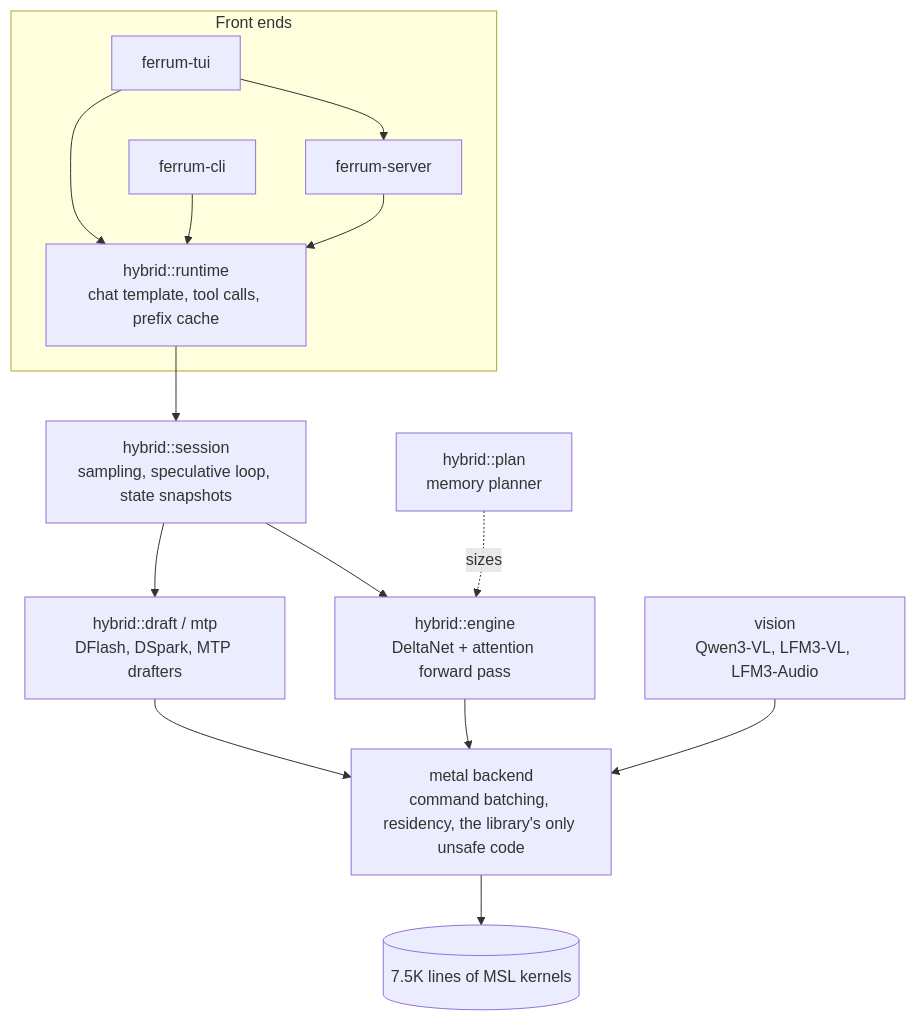
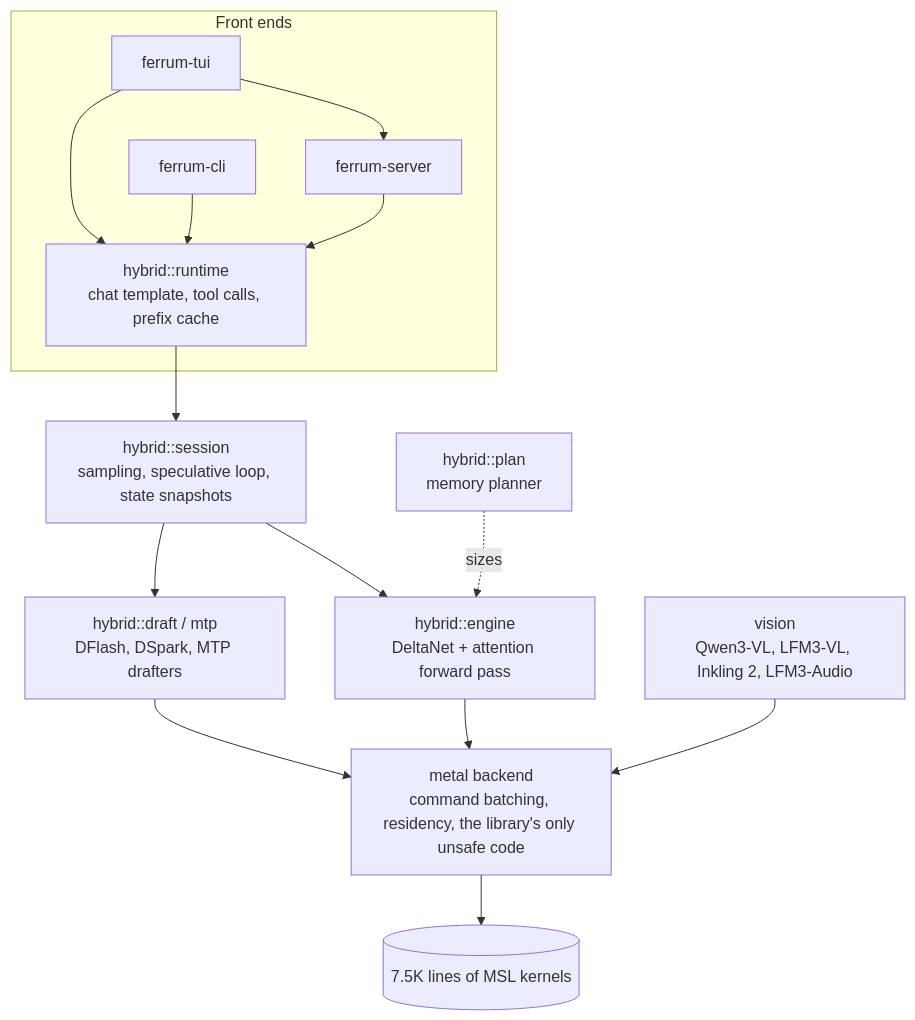
Before and after one commit to austinwells-dev/ferrum: the diagram in README.md, drawn with Mermaid. The commit also changed other lines of this file and 56 other files, not shown here.

First line of the commit message:
Inkling 2 Mini: looped MoE text and inkling2v vision on the hybrid engine

````diff
--- a/README.md
+++ b/README.md
@@ -174,17 +183,17 @@
 ```mermaid
 flowchart TD
     subgraph Front ends
         TUI[ferrum-tui] --> SRV[ferrum-server]
         TUI --> RT
         CLI[ferrum-cli] --> RT
         SRV --> RT[hybrid::runtime<br/>chat template, tool calls, prefix cache]
     end
     RT --> SES[hybrid::session<br/>sampling, speculative loop, state snapshots]
     SES --> ENG[hybrid::engine<br/>DeltaNet + attention forward pass]
     SES --> DRF[hybrid::draft / mtp<br/>DFlash, DSpark, MTP drafters]
     PLAN[hybrid::plan<br/>memory planner] -.sizes.-> ENG
     ENG --> MTL
     DRF --> MTL
-    VIS[vision<br/>Qwen3-VL, LFM3-VL, LFM3-Audio] --> MTL
+    VIS[vision<br/>Qwen3-VL, LFM3-VL, Inkling 2, LFM3-Audio] --> MTL
     MTL[metal backend<br/>command batching, residency, the library's only unsafe code] --> SH[(7.5K lines of MSL kernels)]
 ```
````
